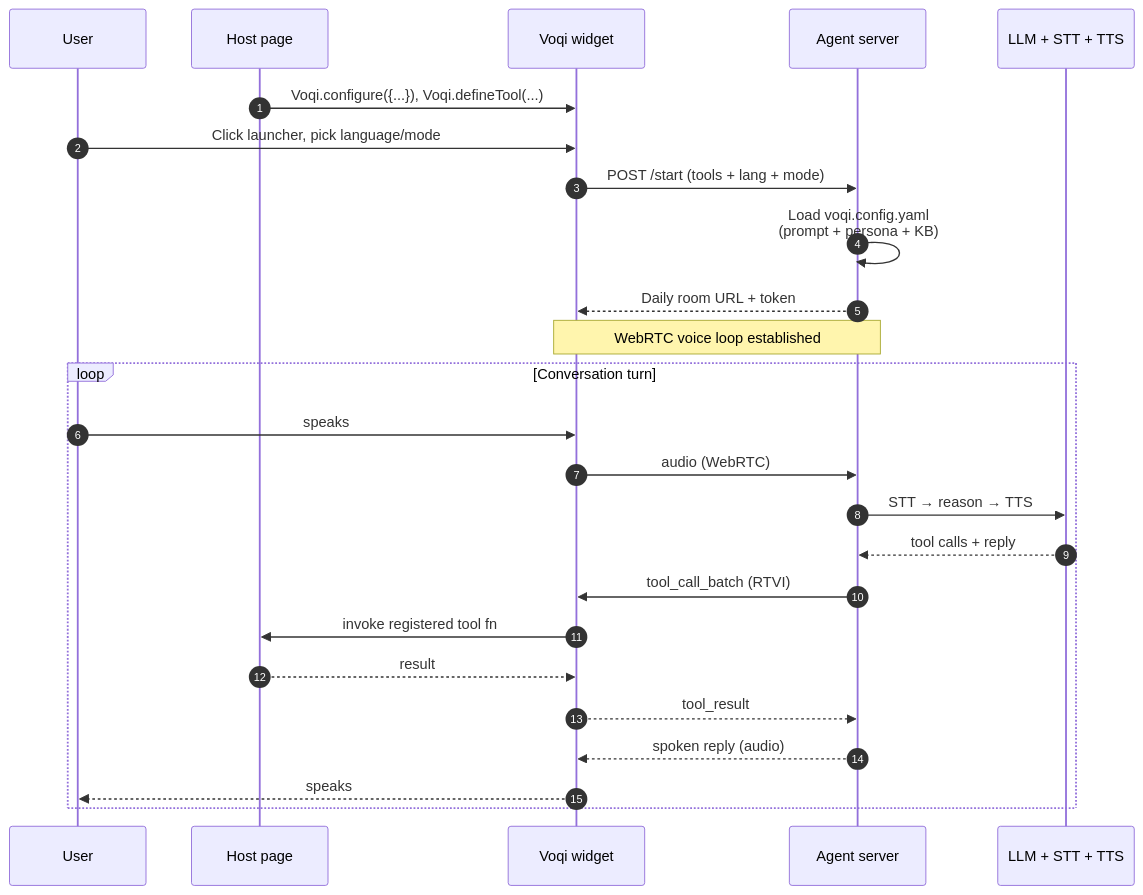
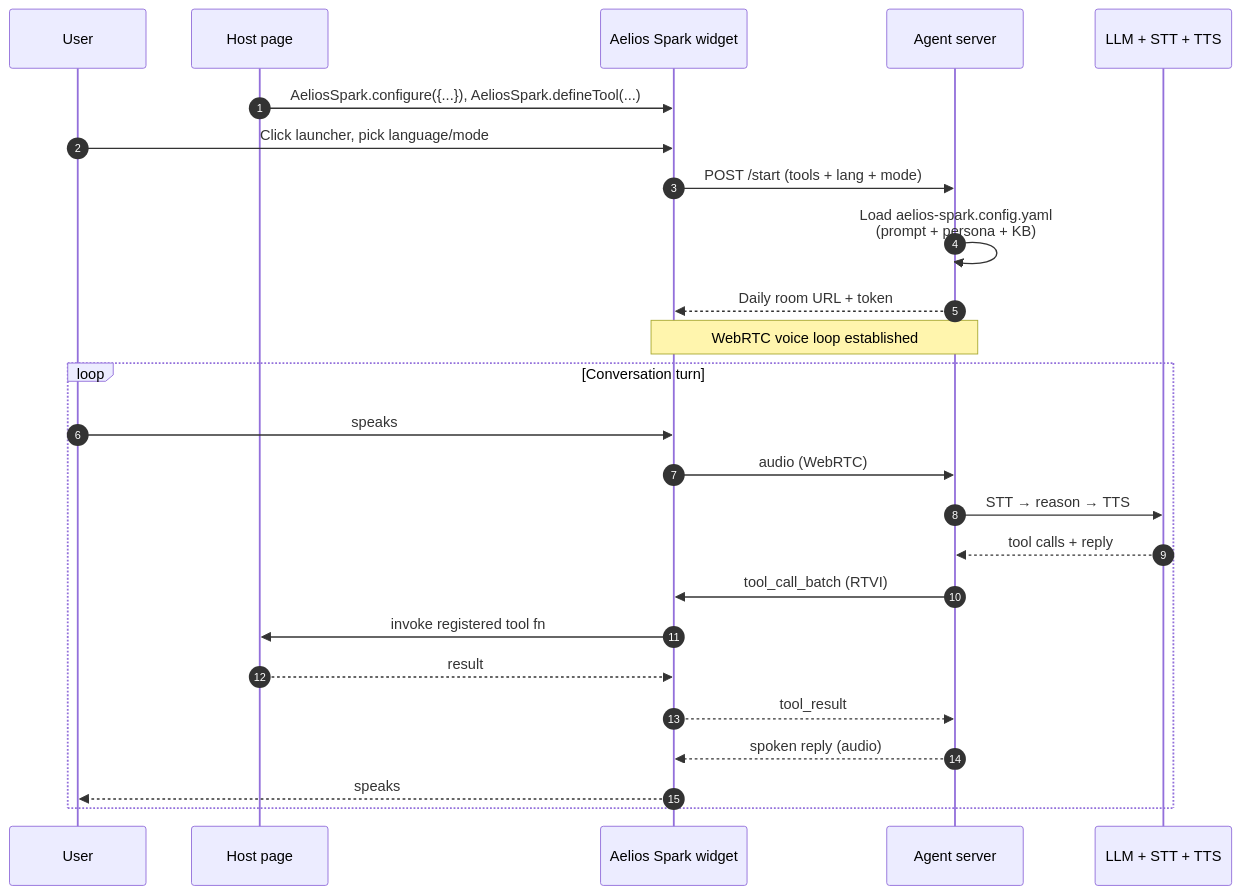
Before and after one commit to Aelios-AI/voqi: the second of 2 diagrams in README.md, drawn with Mermaid. The commit also changed other lines of this file and 53 other files, not shown here.

Commit message:
Rename the project to aelios-spark from voqi

````diff
--- a/README.md
+++ b/README.md
@@ -104,29 +104,29 @@
 ```mermaid
 sequenceDiagram
     autonumber
     participant User
     participant Page as Host page
-    participant Widget as Voqi widget
+    participant Widget as Aelios Spark widget
     participant Server as Agent server
     participant LLM as LLM + STT + TTS
 
-    Page->>Widget: Voqi.configure({...}), Voqi.defineTool(...)
+    Page->>Widget: AeliosSpark.configure({...}), AeliosSpark.defineTool(...)
     User->>Widget: Click launcher, pick language/mode
     Widget->>Server: POST /start (tools + lang + mode)
-    Server->>Server: Load voqi.config.yaml<br/>(prompt + persona + KB)
+    Server->>Server: Load aelios-spark.config.yaml<br/>(prompt + persona + KB)
     Server-->>Widget: Daily room URL + token
     Note over Widget,Server: WebRTC voice loop established
 
     loop Conversation turn
         User->>Widget: speaks
         Widget->>Server: audio (WebRTC)
         Server->>LLM: STT → reason → TTS
         LLM-->>Server: tool calls + reply
         Server->>Widget: tool_call_batch (RTVI)
         Widget->>Page: invoke registered tool fn
         Page-->>Widget: result
         Widget-->>Server: tool_result
         Server-->>Widget: spoken reply (audio)
         Widget-->>User: speaks
     end
 ```
````
